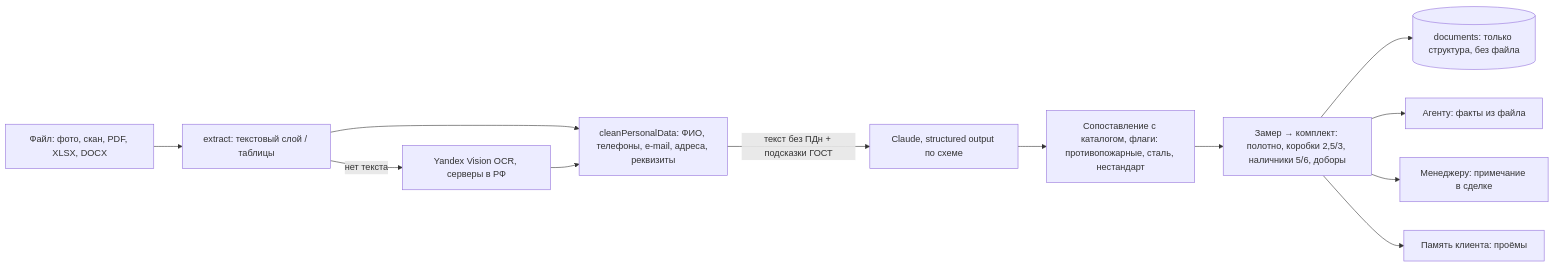
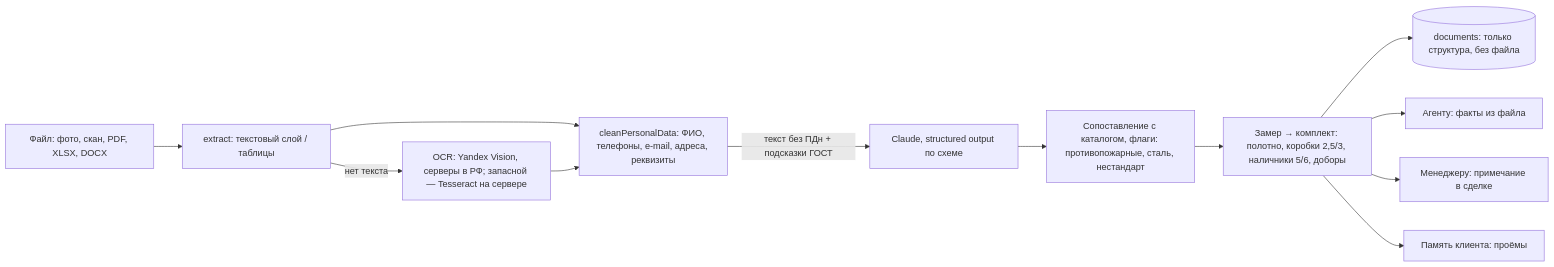
Before and after one commit to aleksnevedrov-cloud/amo: the third of 3 diagrams in docs/architecture.md, drawn with Mermaid. The commit also changed other lines of this file and 17 other files, not shown here.

First line of the commit message:
Фаза 3: Tesseract как запасной OCR

````diff
--- a/docs/architecture.md
+++ b/docs/architecture.md
@@ -146,14 +146,14 @@
 ```mermaid
 flowchart LR
   F[Файл: фото, скан, PDF, XLSX, DOCX] --> E[extract: текстовый слой / таблицы]
-  E -- нет текста --> O[Yandex Vision OCR, серверы в РФ]
+  E -- нет текста --> O[OCR: Yandex Vision, серверы в РФ; запасной — Tesseract на сервере]
   E --> C[cleanPersonalData: ФИО, телефоны, e-mail, адреса, реквизиты]
   O --> C
   C -- текст без ПДн + подсказки ГОСТ --> L[Claude, structured output по схеме]
   L --> M[Сопоставление с каталогом, флаги: противопожарные, сталь, нестандарт]
   M --> K[Замер → комплект: полотно, коробки 2,5/3, наличники 5/6, доборы]
   K --> D[(documents: только структура, без файла)]
   K --> A[Агенту: факты из файла]
   K --> N[Менеджеру: примечание в сделке]
   K --> MEM[Память клиента: проёмы]
 ```
````
